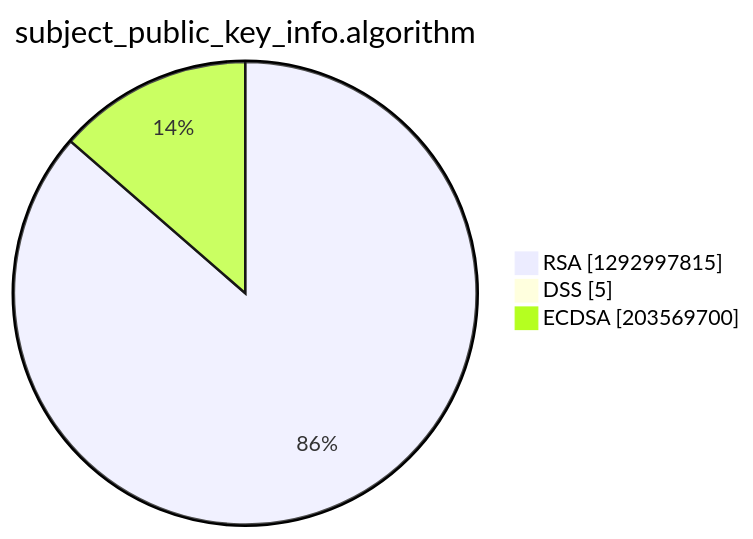
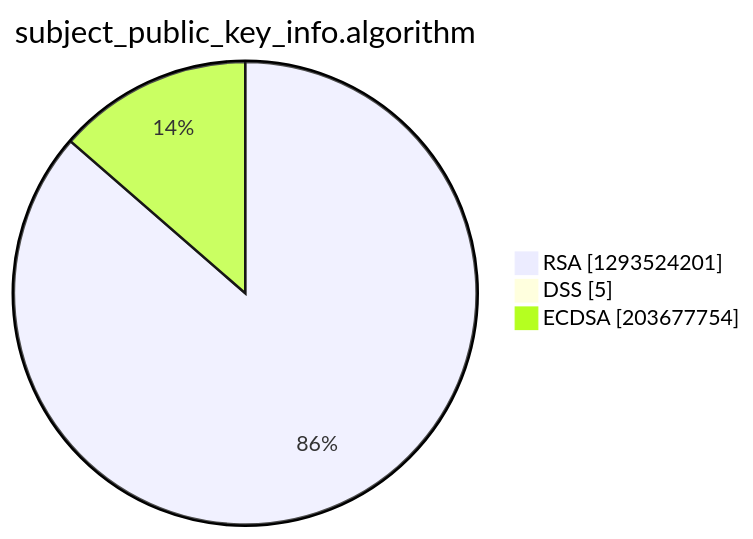
One commit to christiankrug/ctmonitor_visualization changed the third of 15 diagrams in argon2022/README.md. Above: the diagram before and after it, drawn with Mermaid. The commit also changed other lines of this file, not shown here.

````diff
--- a/argon2022/README.md
+++ b/argon2022/README.md
@@ -14,7 +14,7 @@
 ```mermaid
 pie showData
 title subject_public_key_info.algorithm
-"RSA" :1292997815
+"RSA" :1293524201
 "DSS" :5
-"ECDSA" :203569700
+"ECDSA" :203677754
 ```
````
